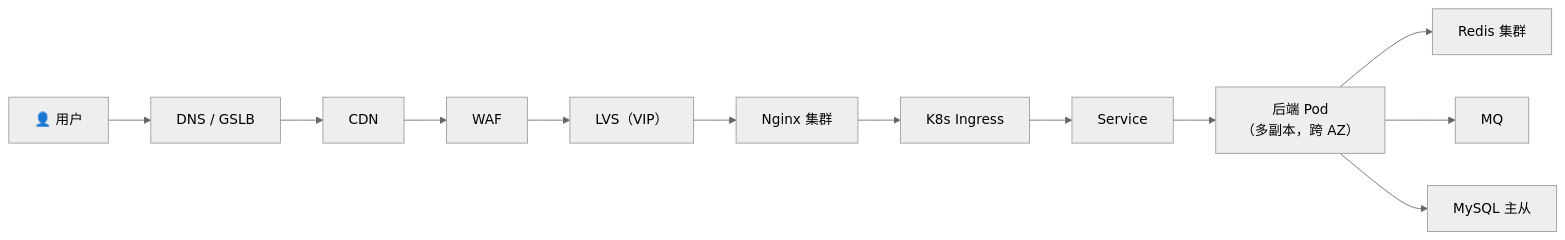
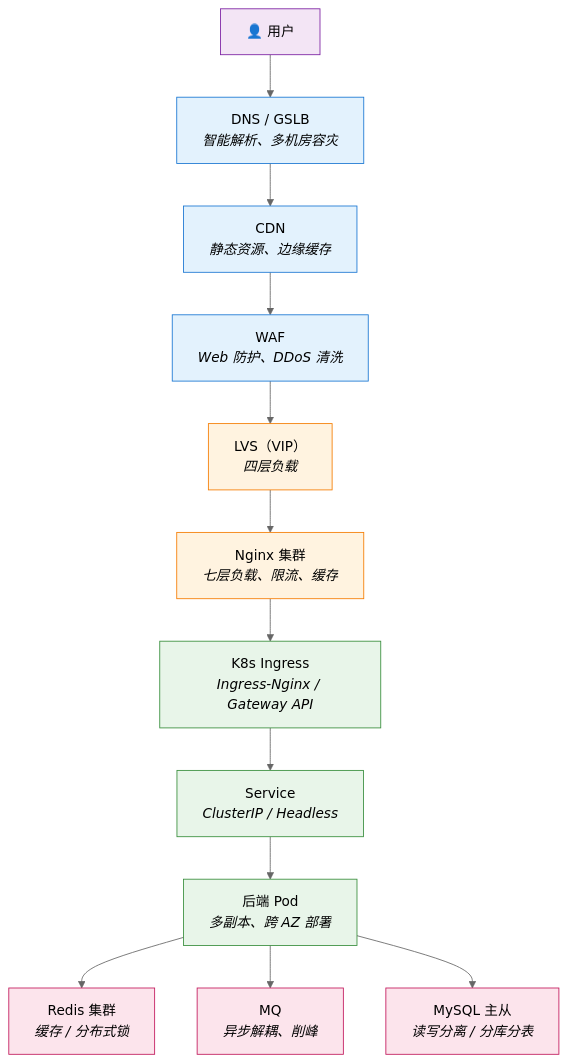
Before and after one commit to vic868/Deliberate: the second of 2 diagrams in 11-高并发高可用/0-高可用高并发高性能 系统设计.md, drawn with Mermaid (neutral theme).

Commit message:
vault backup: 2026-10-14 07:58:05

````diff
--- a/11-高并发高可用/0-高可用高并发高性能 系统设计.md
+++ b/11-高并发高可用/0-高可用高并发高性能 系统设计.md
@@ -107,9 +107,32 @@
 ```mermaid
-flowchart LR
-    U["👤 用户"] --> DNS["DNS / GSLB"] --> CDN["CDN"] --> WAF["WAF"]
-    WAF --> LVS["LVS（VIP）"] --> NGX["Nginx 集群"] --> ING["K8s Ingress"]
-    ING --> SVC["Service"] --> POD["后端 Pod<br/>（多副本，跨 AZ）"]
-    POD --> REDIS["Redis 集群"]
-    POD --> MQ["MQ"]
-    POD --> DB["MySQL 主从"]
+flowchart TB
+    U["👤 用户"]
+    DNS["DNS / GSLB<br/><i>智能解析、多机房容灾</i>"]
+    CDN["CDN<br/><i>静态资源、边缘缓存</i>"]
+    WAF["WAF<br/><i>Web 防护、DDoS 清洗</i>"]
+    LVS["LVS（VIP）<br/><i>四层负载</i>"]
+    NGX["Nginx 集群<br/><i>七层负载、限流、缓存</i>"]
+    ING["K8s Ingress<br/><i>Ingress-Nginx / Gateway API</i>"]
+    SVC["Service<br/><i>ClusterIP / Headless</i>"]
+    POD["后端 Pod<br/><i>多副本、跨 AZ 部署</i>"]
+    REDIS["Redis 集群<br/><i>缓存 / 分布式锁</i>"]
+    MQ["MQ<br/><i>异步解耦、削峰</i>"]
+    DB["MySQL 主从<br/><i>读写分离 / 分库分表</i>"]
+
+    U --> DNS --> CDN --> WAF --> LVS --> NGX --> ING --> SVC --> POD
+    POD --> REDIS
+    POD --> MQ
+    POD --> DB
+
+    classDef edge fill:#e3f2fd,stroke:#1976d2;
+    classDef lb fill:#fff3e0,stroke:#f57c00;
+    classDef app fill:#e8f5e9,stroke:#388e3c;
+    classDef data fill:#fce4ec,stroke:#c2185b;
+    classDef user fill:#f3e5f5,stroke:#7b1fa2;
+
+    class U user;
+    class DNS,CDN,WAF edge;
+    class LVS,NGX lb;
+    class ING,SVC,POD app;
+    class REDIS,MQ,DB data;
 ```
````
